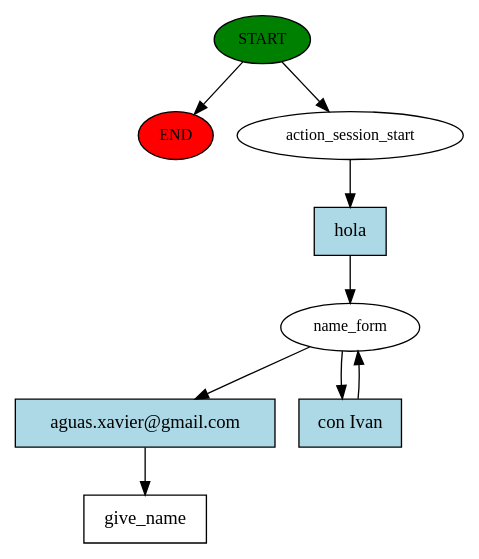
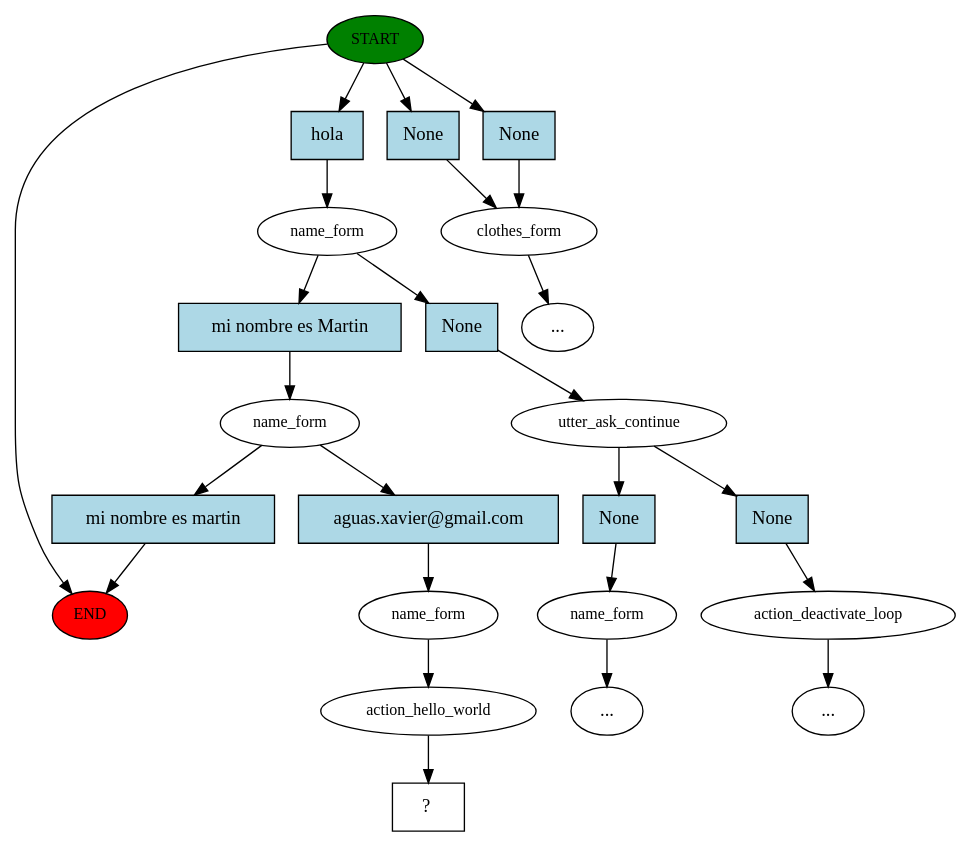
The diagram in story_graph.dot (kabirivan/Ecommerce-Assistant-Jasmine), drawn with Graphviz before and after one commit. The commit also changed 11 other files, not shown here.

```diff
--- a/story_graph.dot
+++ b/story_graph.dot
@@ -1,18 +1,49 @@
 digraph  {
 0 [class="start active", fillcolor=green, fontsize=12, label=START, style=filled];
 "-1" [class=end, fillcolor=red, fontsize=12, label=END, style=filled];
-1 [class=active, fontsize=12, label=action_session_start];
-2 [class=active, fontsize=12, label=name_form];
-4 [class="intent dashed active", label=give_name, shape=rect];
-5 [class="intent active", fillcolor=lightblue, label=hola, shape=rect, style=filled];
-6 [class="intent active", fillcolor=lightblue, label="aguas.xavier@gmail.com", shape=rect, style=filled];
-7 [class="intent active", fillcolor=lightblue, label="con Ivan", shape=rect, style=filled];
+1 [class="", fontsize=12, label=clothes_form];
+"-5" [class=ellipsis, label="..."];
+4 [class=active, fontsize=12, label=name_form];
+5 [class="", fontsize=12, label=utter_ask_continue];
+6 [class="", fontsize=12, label=name_form];
+"-6" [class=ellipsis, label="..."];
+9 [class="", fontsize=12, label=action_deactivate_loop];
+"-7" [class=ellipsis, label="..."];
+11 [class=active, fontsize=12, label=name_form];
+14 [class=active, fontsize=12, label=name_form];
+15 [class=active, fontsize=12, label=action_hello_world];
+16 [class="intent dashed active", label="  ?  ", shape=rect];
+17 [class=intent, fillcolor=lightblue, label=None, shape=rect, style=filled];
+18 [class=intent, fillcolor=lightblue, label=None, shape=rect, style=filled];
+19 [class="intent active", fillcolor=lightblue, label=hola, shape=rect, style=filled];
+20 [class=intent, fillcolor=lightblue, label=None, shape=rect, style=filled];
+21 [class="intent active", fillcolor=lightblue, label="mi nombre es Martin", shape=rect, style=filled];
+22 [class=intent, fillcolor=lightblue, label=None, shape=rect, style=filled];
+23 [class=intent, fillcolor=lightblue, label=None, shape=rect, style=filled];
+24 [class=intent, fillcolor=lightblue, label="mi nombre es martin", shape=rect, style=filled];
+25 [class="intent active", fillcolor=lightblue, label="aguas.xavier@gmail.com", shape=rect, style=filled];
 0 -> "-1"  [class="", key=NONE, label=""];
-0 -> 1  [class=active, key=NONE, label=""];
-1 -> 5  [class=active, key=0];
-2 -> 6  [class=active, key=0];
-2 -> 7  [class=active, key=0];
-5 -> 2  [class=active, key=0];
-6 -> 4  [class=active, key=0];
-7 -> 2  [class=active, key=0];
+0 -> 17  [class="", key=0];
+0 -> 18  [class="", key=0];
+0 -> 19  [class=active, key=0];
+1 -> "-5"  [class="", key=NONE, label=""];
+4 -> 20  [class="", key=0];
+4 -> 21  [class=active, key=0];
+5 -> 22  [class="", key=0];
+5 -> 23  [class="", key=0];
+6 -> "-6"  [class="", key=NONE, label=""];
+9 -> "-7"  [class="", key=NONE, label=""];
+11 -> 24  [class="", key=0];
+11 -> 25  [class=active, key=0];
+14 -> 15  [class=active, key=NONE, label=""];
+15 -> 16  [class=active, key=NONE, label=""];
+17 -> 1  [class="", key=0];
+18 -> 1  [class="", key=0];
+19 -> 4  [class=active, key=0];
+20 -> 5  [class="", key=0];
+21 -> 11  [class=active, key=0];
+22 -> 6  [class="", key=0];
+23 -> 9  [class="", key=0];
+24 -> "-1"  [class="", key=0];
+25 -> 14  [class=active, key=0];
 }
```
